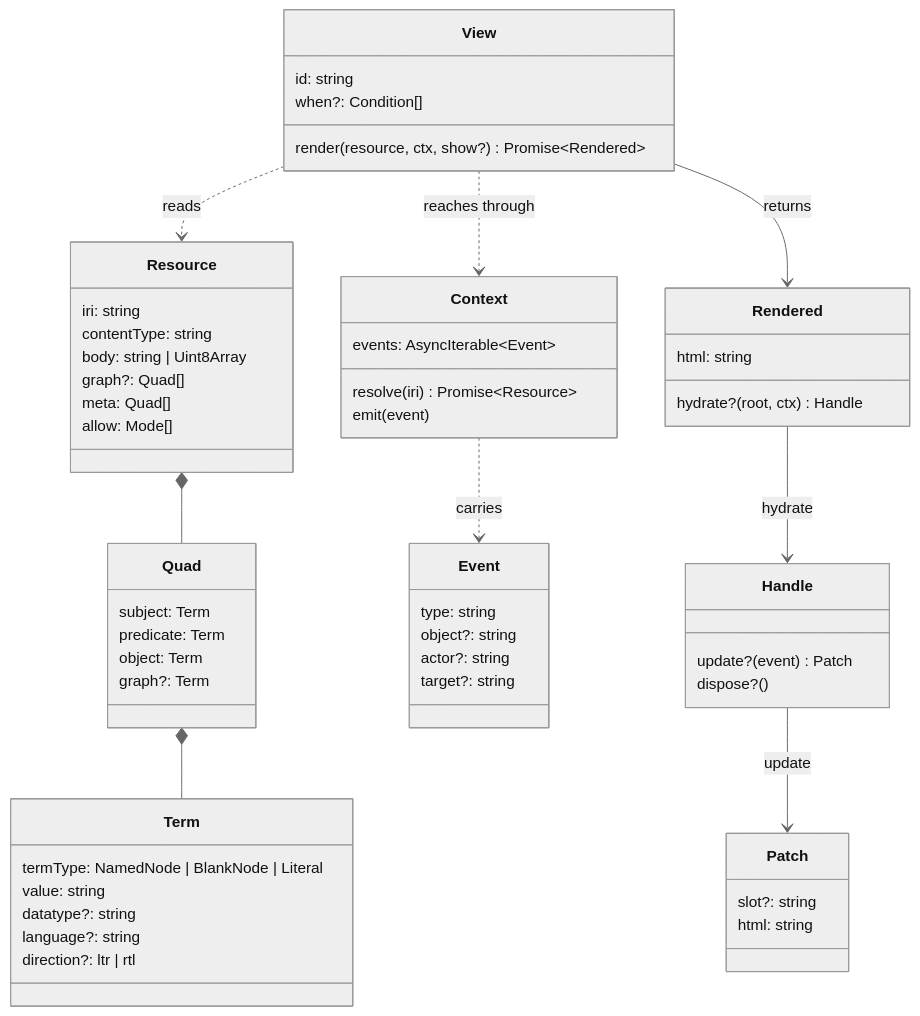
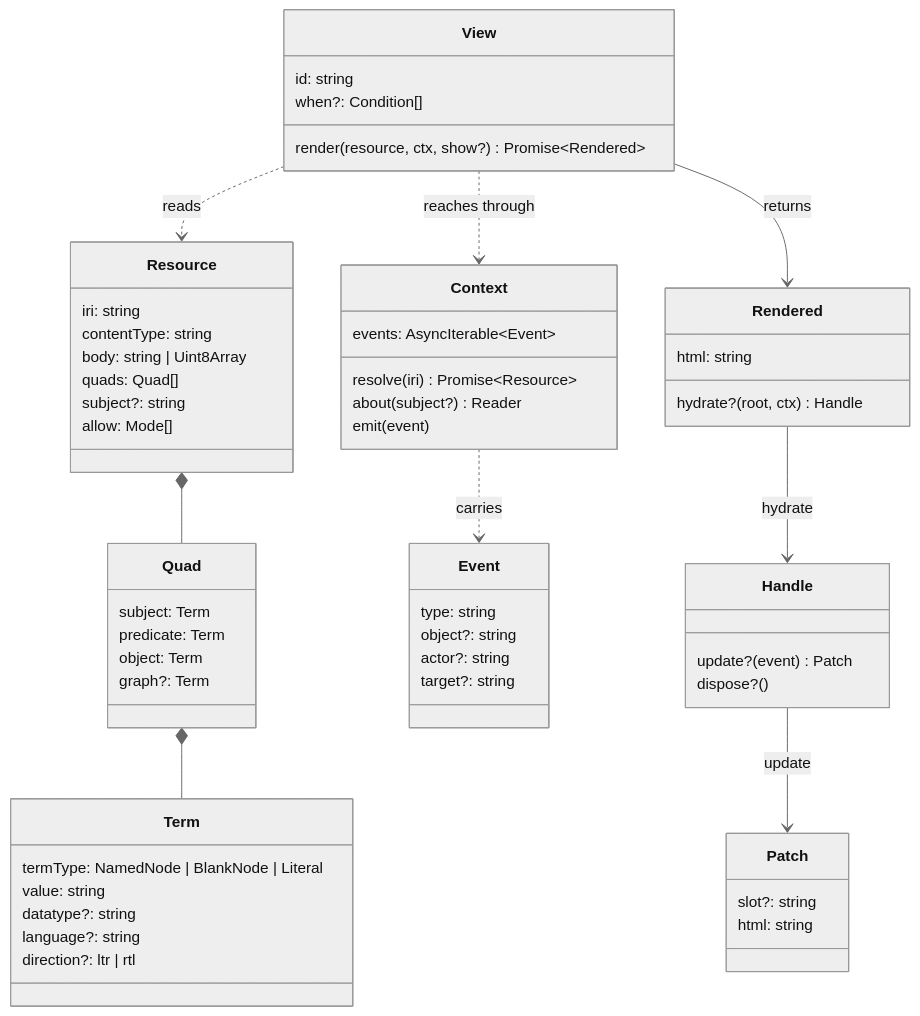
Before and after one commit to aleph-garden/vitrine: the diagram in docs/reference/contracts.mdx, drawn with Mermaid (neutral theme). The commit also changed other lines of this file and 13 other files, not shown here.

````diff
--- a/docs/reference/contracts.mdx
+++ b/docs/reference/contracts.mdx
@@ -10,60 +10,61 @@
 ```mermaid
 classDiagram
   class Resource {
     iri: string
     contentType: string
     body: string | Uint8Array
-    graph?: Quad[]
-    meta: Quad[]
+    quads: Quad[]
+    subject?: string
     allow: Mode[]
   }
   class Quad {
     subject: Term
     predicate: Term
     object: Term
     graph?: Term
   }
   class Term {
     termType: NamedNode | BlankNode | Literal
     value: string
     datatype?: string
     language?: string
     direction?: ltr | rtl
   }
   class Context {
     resolve(iri) Promise~Resource~
+    about(subject?) Reader
     emit(event)
     events: AsyncIterable~Event~
   }
   class Event {
     type: string
     object?: string
     actor?: string
     target?: string
   }
   class View {
     id: string
     when?: Condition[]
     render(resource, ctx, show?) Promise~Rendered~
   }
   class Rendered {
     html: string
     hydrate?(root, ctx) Handle
   }
   class Handle {
     update?(event) Patch
     dispose?()
   }
   class Patch {
     slot?: string
     html: string
   }
   Resource *-- Quad
   Quad *-- Term
   View ..> Resource : reads
   View ..> Context : reaches through
   View --> Rendered : returns
   Rendered --> Handle : hydrate
   Handle --> Patch : update
   Context ..> Event : carries
 ```
````
